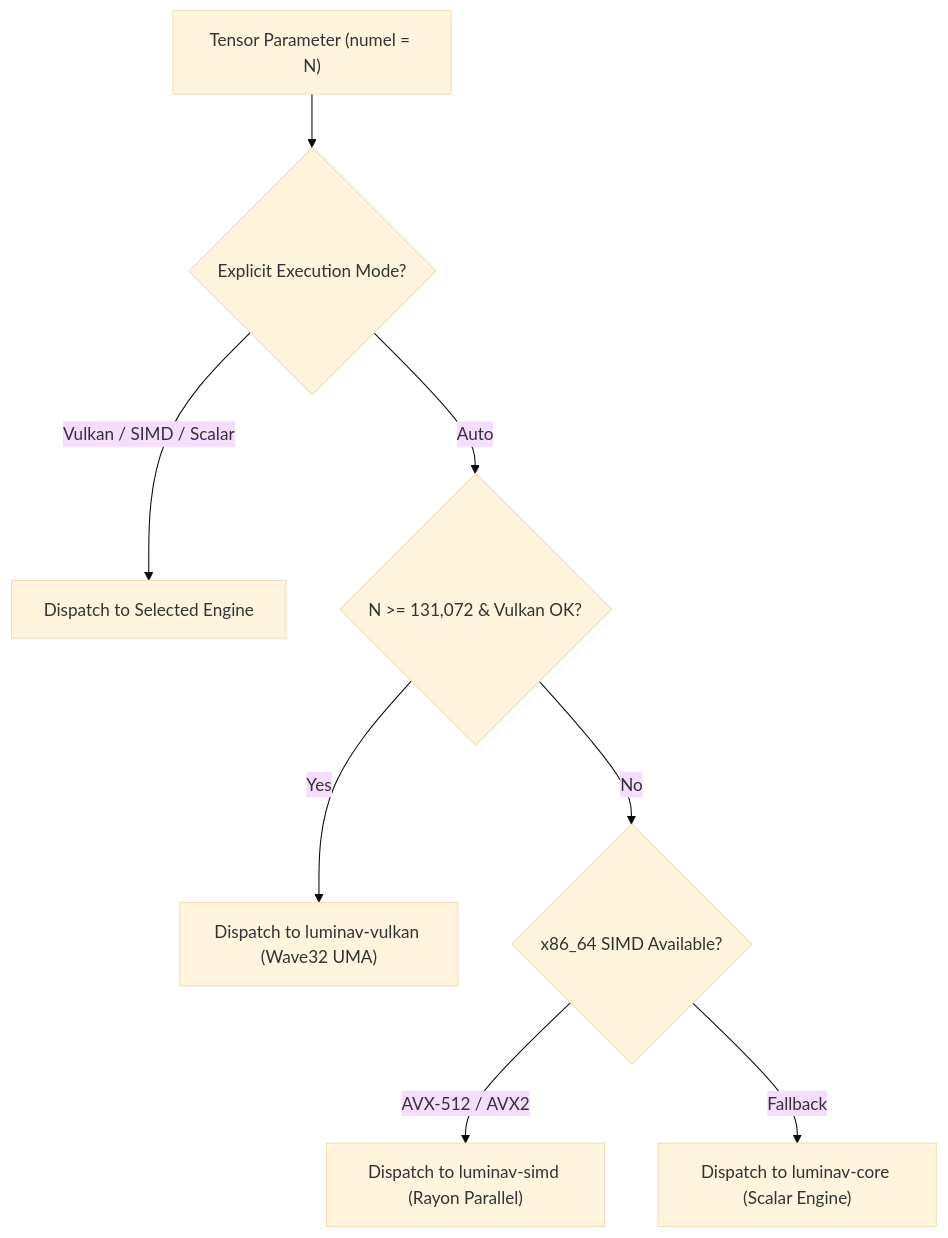
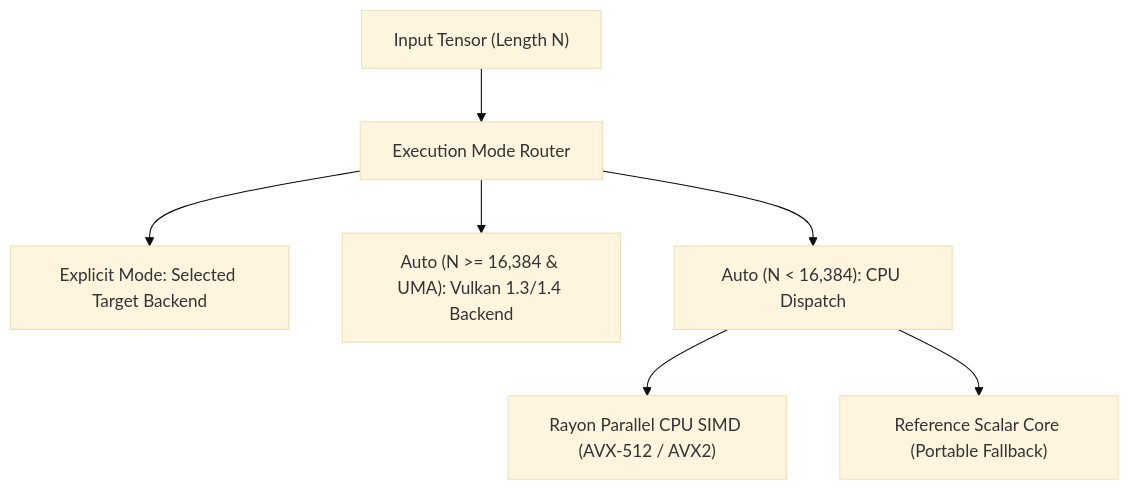
The second of 2 diagrams in docs/optimize/dispatch/README.md (cloverx-id/luminamoon), drawn with Mermaid (base theme) before and after one commit. The commit also changed other lines of this file and 177 other files, not shown here.

````diff
--- a/docs/optimize/dispatch/README.md
+++ b/docs/optimize/dispatch/README.md
@@ -33,13 +27,9 @@
 ```mermaid
-graph TD
-    Input["Tensor Parameter (numel = N)"] --> CheckExplicit{"Explicit Execution Mode?"}
-    
-    CheckExplicit -->|"Vulkan / SIMD / Scalar"| ExecSelected["Dispatch to Selected Engine"]
-    CheckExplicit -->|"Auto"| CheckGPU{"N >= 131,072 & Vulkan OK?"}
-
-    CheckGPU -->|"Yes"| DispatchVK["Dispatch to luminav-vulkan (Wave32 UMA)"]
-    CheckGPU -->|"No"| CheckSIMD{"x86_64 SIMD Available?"}
-
-    CheckSIMD -->|"AVX-512 / AVX2"| DispatchSIMD["Dispatch to luminav-simd (Rayon Parallel)"]
-    CheckSIMD -->|"Fallback"| DispatchScalar["Dispatch to luminav-core (Scalar Engine)"]
+flowchart TD
+    Input["Input Tensor (Length N)"] --> Router["Execution Mode Router"]
+    Router --> Manual["Explicit Mode: Selected Target Backend"]
+    Router --> Vulkan["Auto (N >= 16,384 & UMA): Vulkan 1.3/1.4 Backend"]
+    Router --> CPU["Auto (N < 16,384): CPU Dispatch"]
+    CPU --> SIMD["Rayon Parallel CPU SIMD (AVX-512 / AVX2)"]
+    CPU --> Scalar["Reference Scalar Core (Portable Fallback)"]
 ```
````
